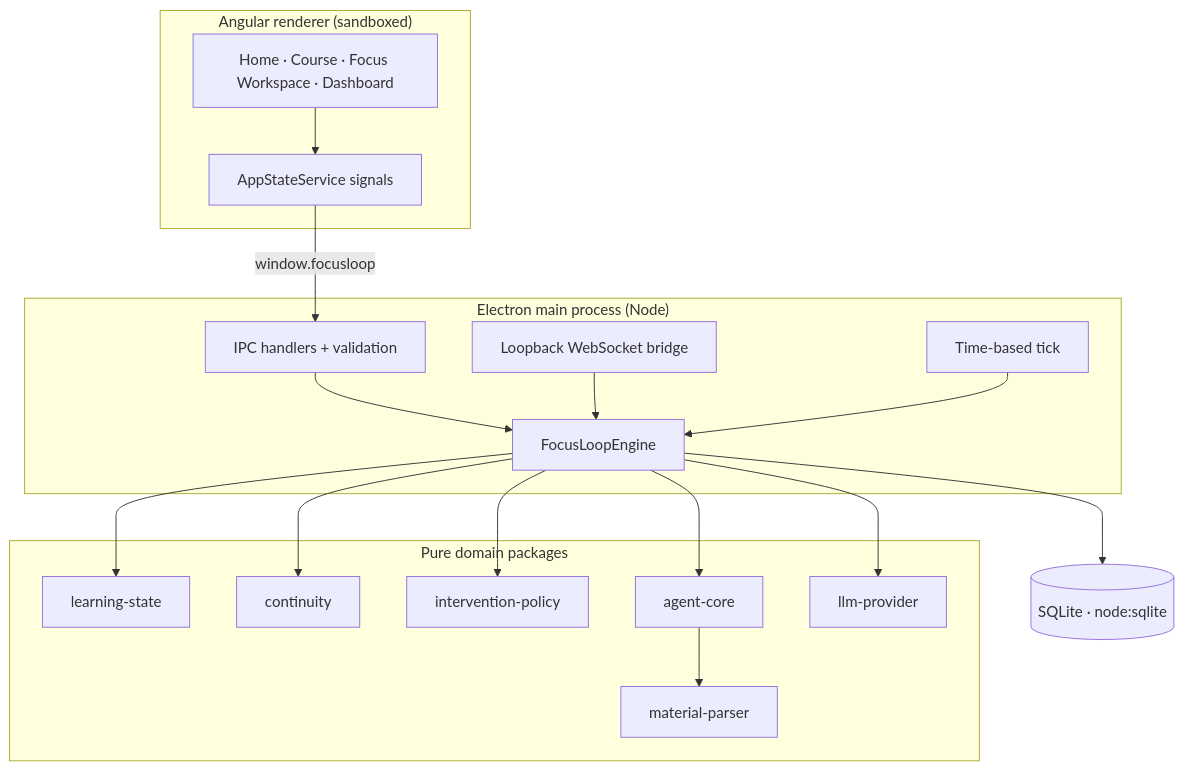
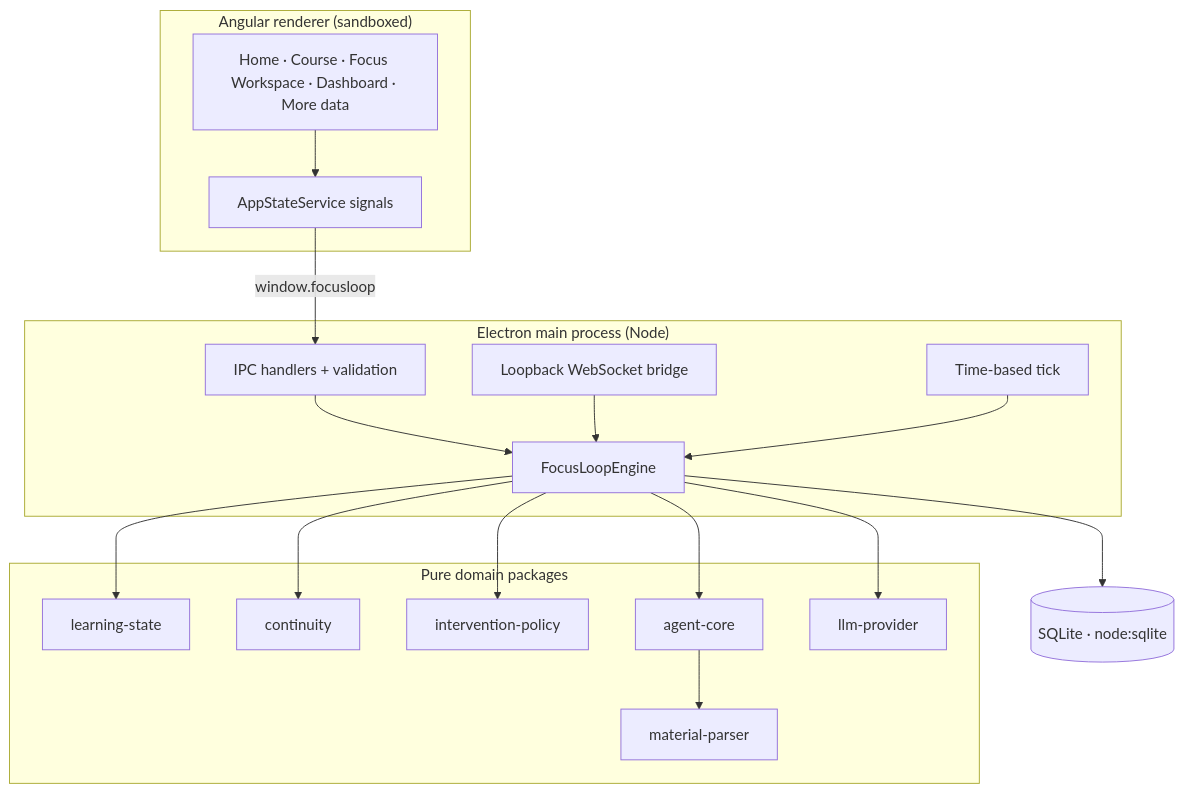
Before and after one commit to nianpingy-cpu/focusloop: the first of 3 diagrams in docs/architecture.md, drawn with Mermaid. The commit also changed other lines of this file and 37 other files, not shown here.

````diff
--- a/docs/architecture.md
+++ b/docs/architecture.md
@@ -8,38 +8,38 @@
 ```mermaid
 flowchart TB
   subgraph Renderer["Angular renderer (sandboxed)"]
-    PAGES[Home · Course · Focus Workspace · Dashboard]
+    PAGES[Home · Course · Focus Workspace · Dashboard · More data]
     STATE[AppStateService signals]
   end
 
   subgraph Main["Electron main process (Node)"]
     HANDLERS[IPC handlers + validation]
     ENGINE[FocusLoopEngine]
     BRIDGE[Loopback WebSocket bridge]
     TICK[Time-based tick]
   end
 
   subgraph Domain["Pure domain packages"]
     LS[learning-state]
     CO[continuity]
     IP[intervention-policy]
     MP[material-parser]
     AC[agent-core]
     LLM[llm-provider]
   end
 
   DB[(SQLite · node:sqlite)]
 
   PAGES --> STATE
   STATE -->|window.focusloop| HANDLERS
   HANDLERS --> ENGINE
   BRIDGE --> ENGINE
   TICK --> ENGINE
   ENGINE --> LS
   ENGINE --> CO
   ENGINE --> IP
   ENGINE --> AC
   AC --> MP
   ENGINE --> LLM
   ENGINE --> DB
 ```
````
